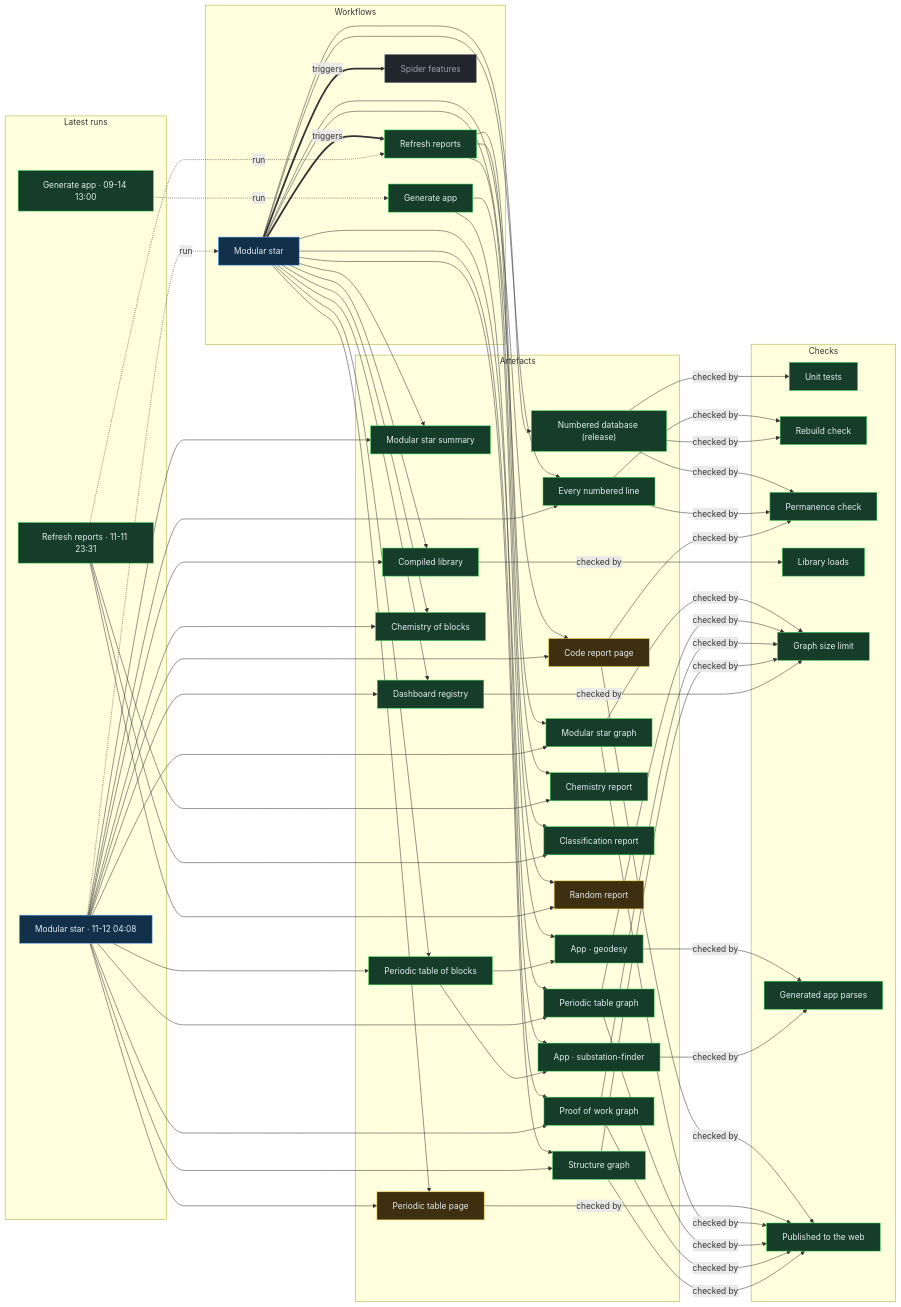
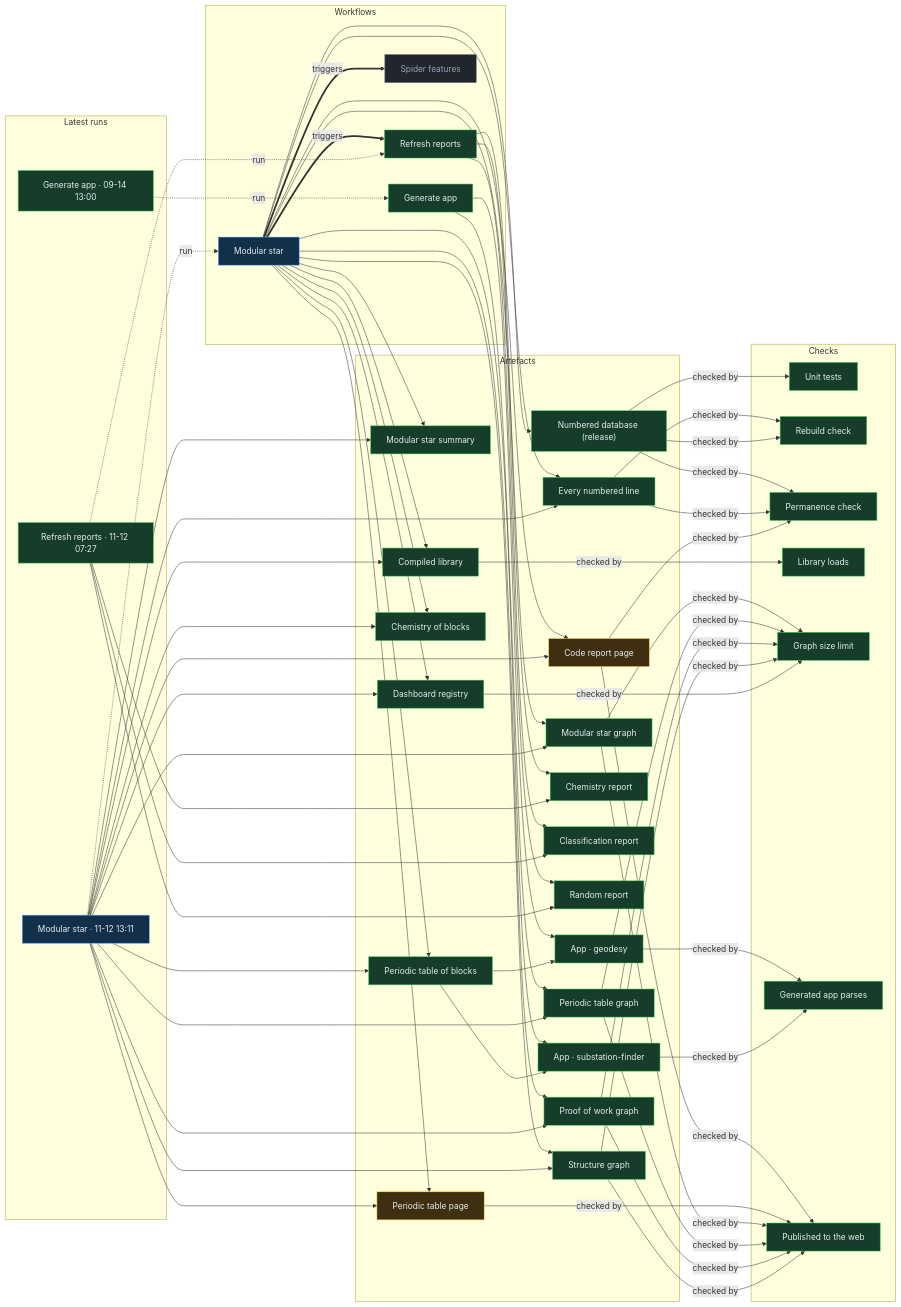
One commit to Ventusltd/stars changed the diagram in proof/PROOF.md. Above: the diagram before and after it, drawn with Mermaid. The commit also changed other lines of this file and 51 other files, not shown here.

Commit message:
Modular star 2026-11-12T13:14Z

```diff
--- a/proof/PROOF.md
+++ b/proof/PROOF.md
@@ -24,8 +24,8 @@
   n_wf_spider_features["Spider features"]:::off
   end
   subgraph g_runs["Latest runs"]
-  n_run_43152850101["Modular star · 11-12 04:08"]:::live
-  n_run_43120462934["Refresh reports · 11-11 23:31"]:::ok
+  n_run_43224987712["Modular star · 11-12 13:11"]:::live
+  n_run_43175348716["Refresh reports · 11-12 07:27"]:::ok
   n_run_34846587798["Generate app · 09-14 13:00"]:::ok
   end
   subgraph g_artefacts["Artefacts"]
@@ -43,7 +43,7 @@
   n_art_structure["Structure graph"]:::ok
   n_art_chemistry["Chemistry report"]:::ok
   n_art_vedic["Classification report"]:::ok
-  n_art_random["Random report"]:::warn
+  n_art_random["Random report"]:::ok
   n_art_release["Numbered database (release)"]:::ok
   n_app_geodesy["App · geodesy"]:::ok
   n_app_substation_finder["App · substation-finder"]:::ok
@@ -59,39 +59,39 @@
   end
   n_wf_modular_star == triggers ==> n_wf_refresh
   n_wf_modular_star == triggers ==> n_wf_spider_features
-  n_run_43152850101 -. run .-> n_wf_modular_star
-  n_run_43120462934 -. run .-> n_wf_refresh
+  n_run_43224987712 -. run .-> n_wf_modular_star
+  n_run_43175348716 -. run .-> n_wf_refresh
   n_run_34846587798 -. run .-> n_wf_generate
   n_wf_modular_star --> n_art_summary
-  n_run_43152850101 --> n_art_summary
+  n_run_43224987712 --> n_art_summary
   n_wf_modular_star --> n_art_lines
-  n_run_43152850101 --> n_art_lines
+  n_run_43224987712 --> n_art_lines
   n_wf_modular_star --> n_art_code
-  n_run_43152850101 --> n_art_code
+  n_run_43224987712 --> n_art_code
   n_wf_modular_star --> n_art_modular_graph
-  n_run_43152850101 --> n_art_modular_graph
+  n_run_43224987712 --> n_art_modular_graph
   n_wf_modular_star --> n_art_blocks
-  n_run_43152850101 --> n_art_blocks
+  n_run_43224987712 --> n_art_blocks
   n_wf_modular_star --> n_art_table
-  n_run_43152850101 --> n_art_table
+  n_run_43224987712 --> n_art_table
   n_wf_modular_star --> n_art_blocks_graph
-  n_run_43152850101 --> n_art_blocks_graph
+  n_run_43224987712 --> n_art_blocks_graph
   n_wf_modular_star --> n_art_reactions
-  n_run_43152850101 --> n_art_reactions
+  n_run_43224987712 --> n_art_reactions
   n_wf_modular_star --> n_art_library
-  n_run_43152850101 --> n_art_library
+  n_run_43224987712 --> n_art_library
   n_wf_modular_star --> n_art_features
-  n_run_43152850101 --> n_art_features
+  n_run_43224987712 --> n_art_features
   n_wf_modular_star --> n_art_proof
-  n_run_43152850101 --> n_art_proof
+  n_run_43224987712 --> n_art_proof
   n_wf_modular_star --> n_art_structure
-  n_run_43152850101 --> n_art_structure
+  n_run_43224987712 --> n_art_structure
   n_wf_refresh --> n_art_chemistry
-  n_run_43120462934 --> n_art_chemistry
+  n_run_43175348716 --> n_art_chemistry
   n_wf_refresh --> n_art_vedic
-  n_run_43120462934 --> n_art_vedic
+  n_run_43175348716 --> n_art_vedic
   n_wf_refresh --> n_art_random
-  n_run_43120462934 --> n_art_random
+  n_run_43175348716 --> n_art_random
   n_wf_modular_star --> n_art_release
   n_wf_generate --> n_app_geodesy
   n_art_blocks --> n_app_geodesy
```
